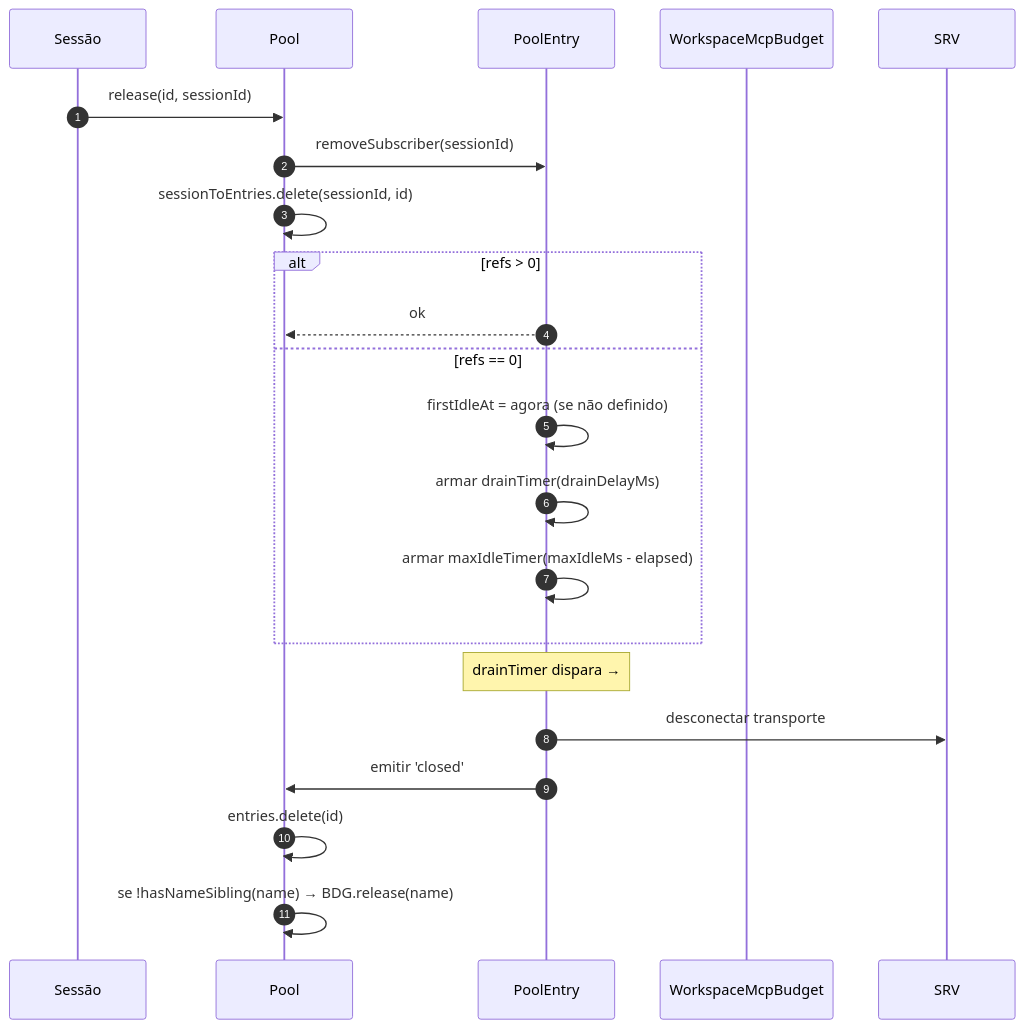
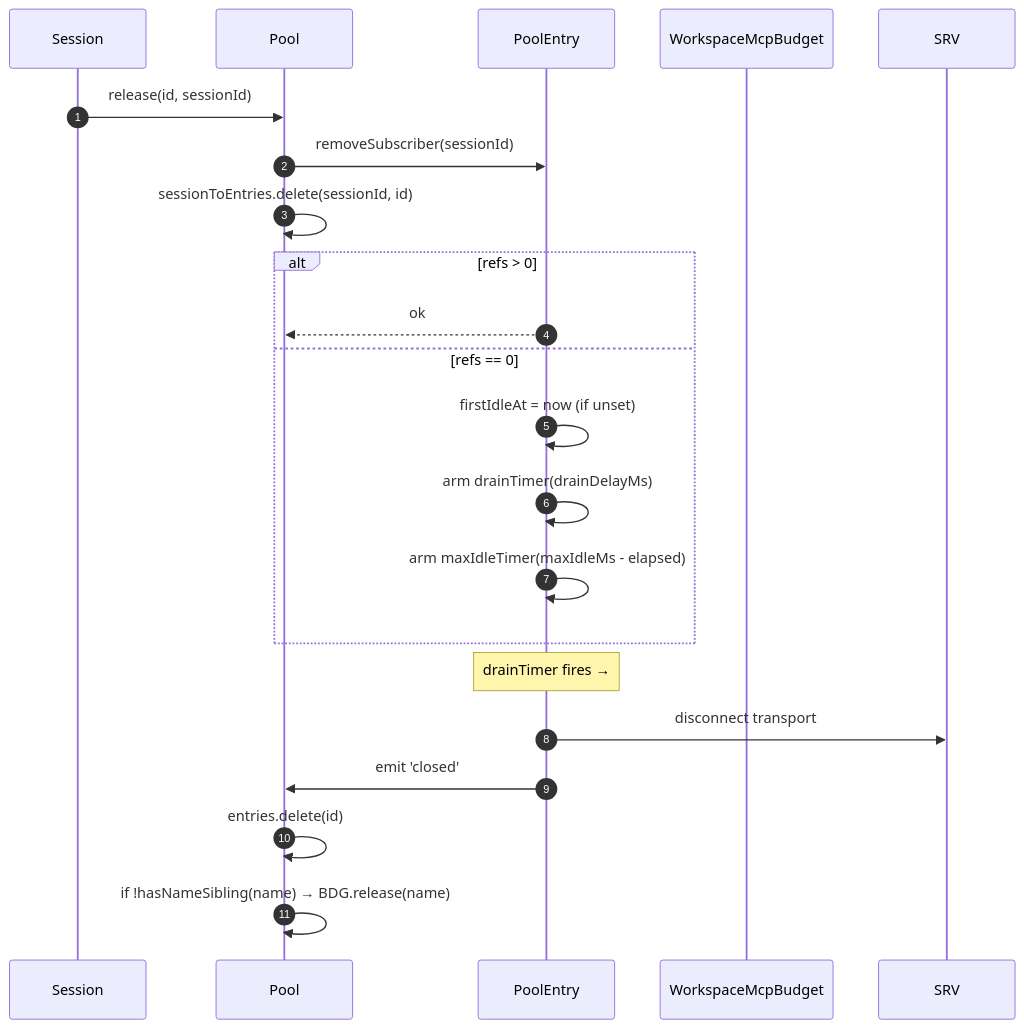
The second of 4 diagrams in website/content/pt-BR/developers/daemon/05-mcp-transport-pool.md (QwenLM/qwen-code-docs), drawn with Mermaid before and after one commit. The commit also changed other lines of this file and 267 other files, not shown here.

````diff
--- a/website/content/pt-BR/developers/daemon/05-mcp-transport-pool.md
+++ b/website/content/pt-BR/developers/daemon/05-mcp-transport-pool.md
@@ -146,24 +144,24 @@
 ```mermaid
 sequenceDiagram
     autonumber
-    participant S as Sessão
+    participant S as Session
     participant P as Pool
     participant E as PoolEntry
     participant BDG as WorkspaceMcpBudget
 
     S->>P: release(id, sessionId)
     P->>E: removeSubscriber(sessionId)
     P->>P: sessionToEntries.delete(sessionId, id)
     alt refs > 0
         E-->>P: ok
     else refs == 0
-        E->>E: firstIdleAt = agora (se não definido)
-        E->>E: armar drainTimer(drainDelayMs)
-        E->>E: armar maxIdleTimer(maxIdleMs - elapsed)
+        E->>E: firstIdleAt = now (if unset)
+        E->>E: arm drainTimer(drainDelayMs)
+        E->>E: arm maxIdleTimer(maxIdleMs - elapsed)
     end
-    Note over E: drainTimer dispara →
-    E->>SRV: desconectar transporte
-    E->>P: emitir 'closed'
+    Note over E: drainTimer fires →
+    E->>SRV: disconnect transport
+    E->>P: emit 'closed'
     P->>P: entries.delete(id)
-    P->>P: se !hasNameSibling(name) → BDG.release(name)
+    P->>P: if !hasNameSibling(name) → BDG.release(name)
 ```
````
